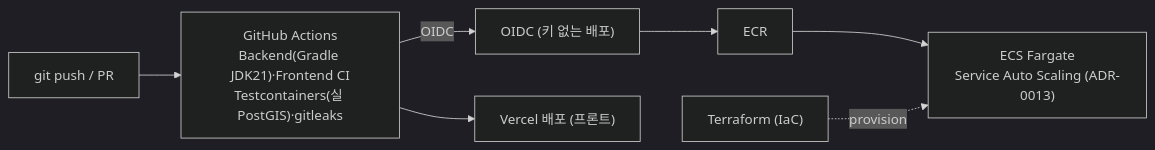
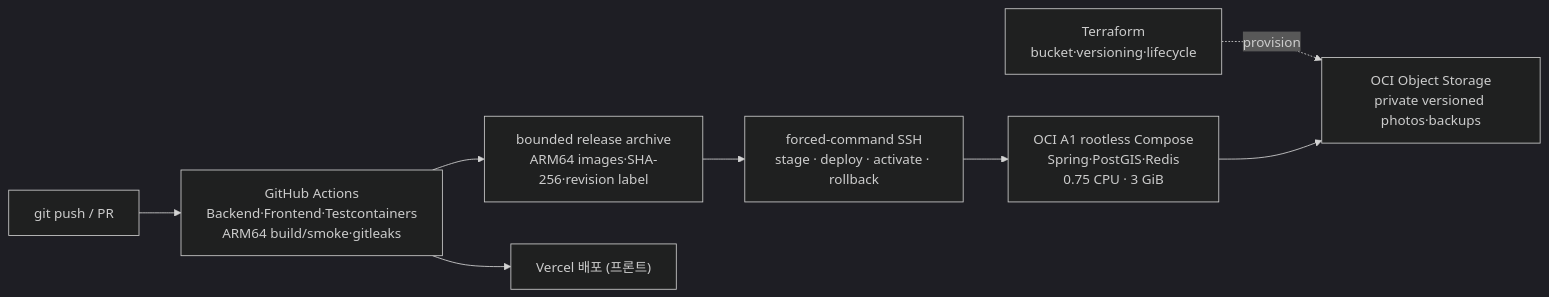
The third of 3 diagrams in docs/architecture.md (ghdtjdwn/geuneul), drawn with Mermaid (dark theme) before and after one commit. The commit also changed other lines of this file and 47 other files, not shown here.

````diff
--- a/docs/architecture.md
+++ b/docs/architecture.md
@@ -85,13 +87,15 @@
 ```mermaid
 flowchart LR
   DEV["git push / PR"]
-  GA["GitHub Actions<br/>Backend(Gradle JDK21)·Frontend CI<br/>Testcontainers(실 PostGIS)·gitleaks"]
-  OIDC["OIDC (키 없는 배포)"]
-  ECR["ECR"]
-  ECS["ECS Fargate<br/>Service Auto Scaling (ADR-0013)"]
-  TF["Terraform (IaC)"]
+  GA["GitHub Actions<br/>Backend·Frontend·Testcontainers<br/>ARM64 build/smoke·gitleaks"]
+  REL["bounded release archive<br/>ARM64 images·SHA-256·revision label"]
+  SSH["forced-command SSH<br/>stage · deploy · activate · rollback"]
+  OCI["OCI A1 rootless Compose<br/>Spring·PostGIS·Redis<br/>0.75 CPU · 3 GiB"]
+  OBJ["OCI Object Storage<br/>private versioned photos·backups"]
+  TF["Terraform<br/>bucket·versioning·lifecycle"]
 
-  DEV --> GA -->|OIDC| OIDC --> ECR --> ECS
-  TF -.provision.-> ECS
+  DEV --> GA --> REL --> SSH --> OCI
+  TF -.provision.-> OBJ
+  OCI --> OBJ
   GA --> VZ["Vercel 배포 (프론트)"]
 ```
````
